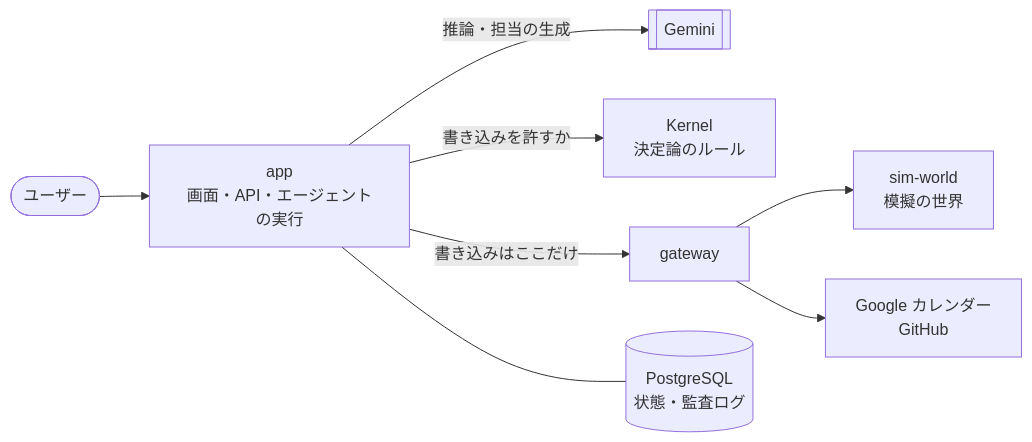
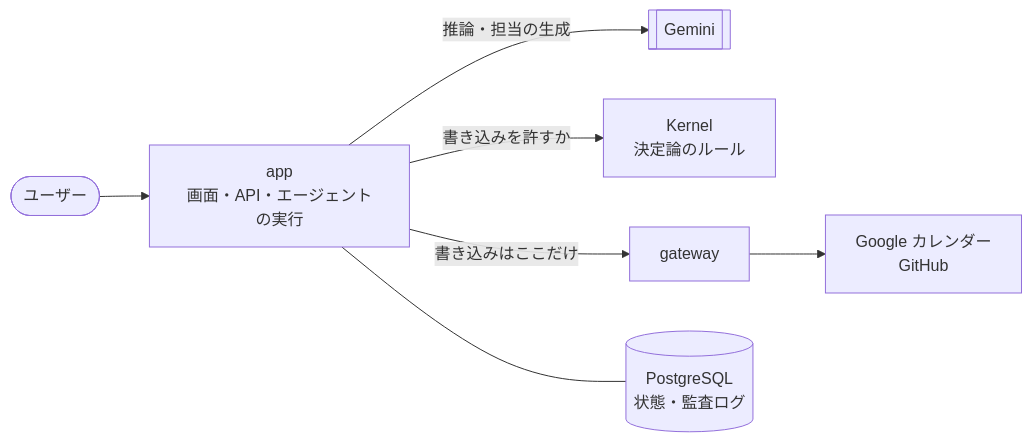
The diagram in README.md (itiwoja/agent-team), drawn with Mermaid before and after one commit. The commit also changed other lines of this file and 153 other files, not shown here.

First line of the commit message:
sim-world と模擬の世界のパッケージ・計測を削除し、文書と設定を直す

````diff
--- a/README.md
+++ b/README.md
@@ -20,10 +20,9 @@
 ```mermaid
 flowchart LR
   U(["ユーザー"]) --> APP["app<br/>画面・API・エージェントの実行"]
   APP -->|"推論・担当の生成"| G[["Gemini"]]
   APP -->|"書き込みを許すか"| K["Kernel<br/>決定論のルール"]
   APP -->|"書き込みはここだけ"| GW["gateway"]
-  GW --> SIM["sim-world<br/>模擬の世界"]
   GW --> EXT["Google カレンダー<br/>GitHub"]
   APP --- DB[("PostgreSQL<br/>状態・監査ログ")]
 ```
````
